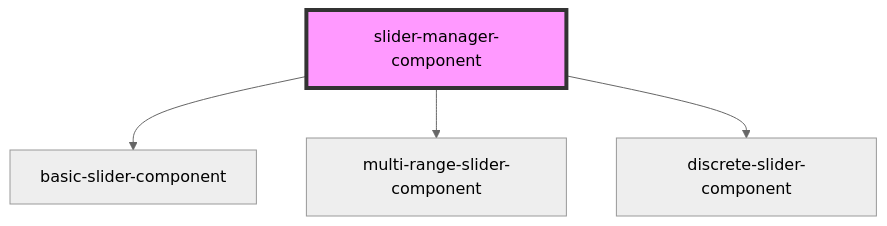
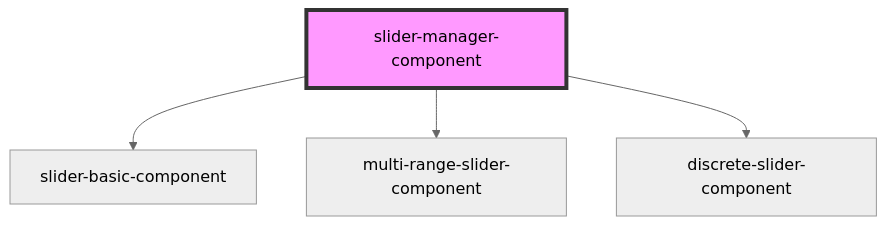
Before and after one commit to mdversion01/stencil-component-library: the diagram in src/components/slider/readme.md, drawn with Mermaid (neutral theme). The commit also changed other lines of this file and 78 other files, not shown here.

````diff
--- a/src/components/slider/readme.md
+++ b/src/components/slider/readme.md
@@ -46,7 +46,7 @@
 ```mermaid
 graph TD;
-  slider-manager-component --> basic-slider-component
+  slider-manager-component --> slider-basic-component
   slider-manager-component --> multi-range-slider-component
   slider-manager-component --> discrete-slider-component
   style slider-manager-component fill:#f9f,stroke:#333,stroke-width:4px
 ```
````
